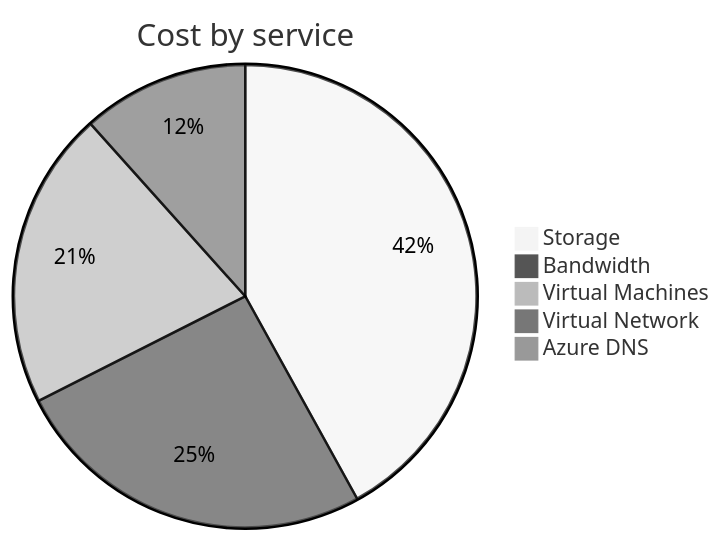
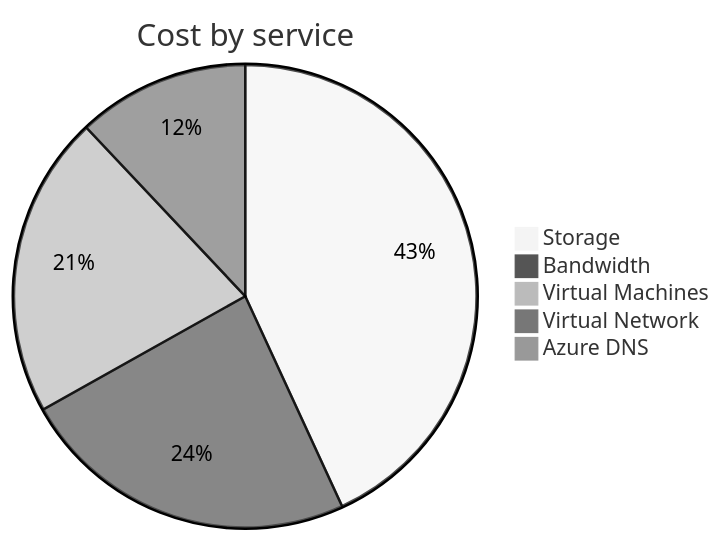
Before and after one commit to jpfulton/azure-personal-reports: the second of 4 diagrams in cost-reports/personal-network/README.md, drawn with Mermaid (neutral theme). The commit also changed other lines of this file and 8 other files, not shown here.

````diff
--- a/cost-reports/personal-network/README.md
+++ b/cost-reports/personal-network/README.md
@@ -99,9 +99,9 @@
 ```mermaid
 pie
    title Cost by service
-   "Storage" : 7.68
+   "Storage" : 8.50
    "Bandwidth" : 4.68
-   "Virtual Machines" : 3.81
-   "Virtual Network" : 2.13
-   "Azure DNS" : 0.14
+   "Virtual Machines" : 4.16
+   "Virtual Network" : 2.37
+   "Azure DNS" : 0.16
 ```
````
